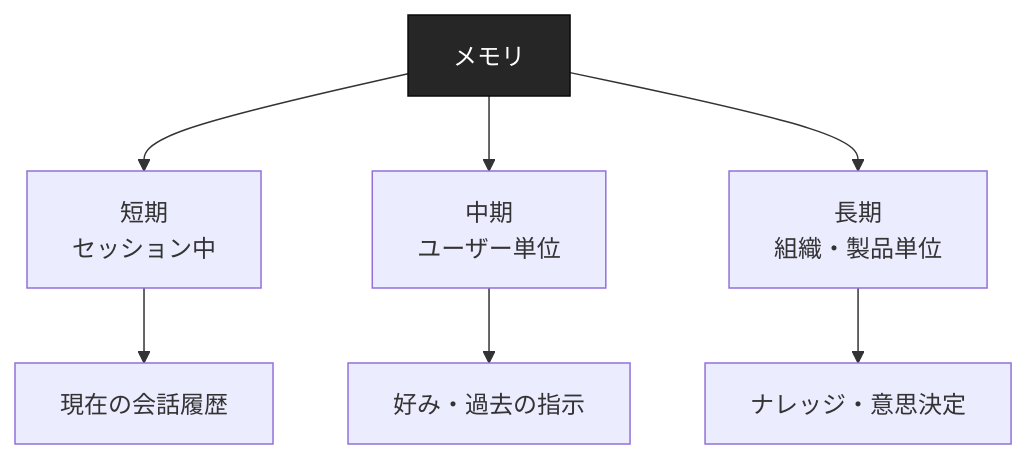
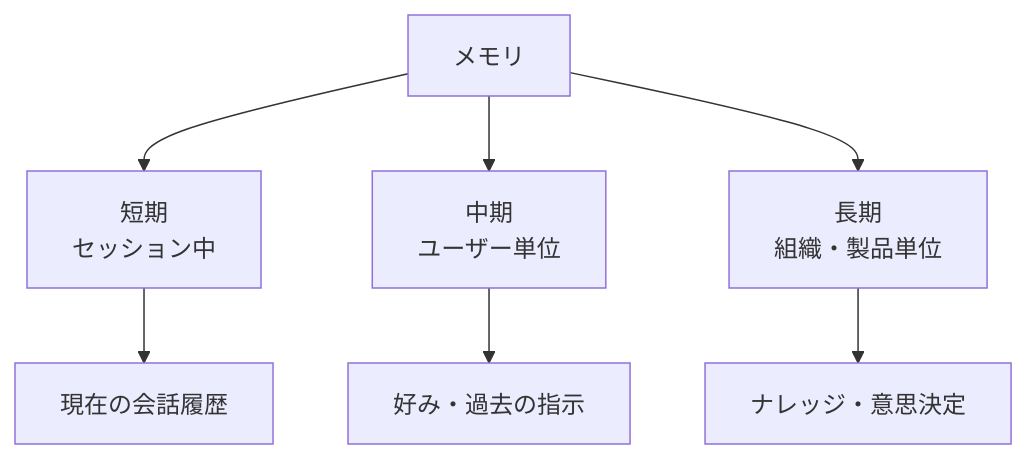
One commit to dinekt/dinekt-wiki changed the first of 2 diagrams in docs/techniques/エージェントのメモリ設計-短期中期長期.md. Above: the diagram before and after it, drawn with Mermaid. The commit also changed 70 other files, not shown here.

First line of the commit message:
fix(mermaid): strip all inline styling, rely on theme

````diff
--- a/docs/techniques/エージェントのメモリ設計-短期中期長期.md
+++ b/docs/techniques/エージェントのメモリ設計-短期中期長期.md
@@ -23,12 +23,11 @@
 ```mermaid
 flowchart TD
     M[メモリ] --> S[短期<br/>セッション中]
     M --> M2[中期<br/>ユーザー単位]
     M --> L[長期<br/>組織・製品単位]
 
     S --> S1[現在の会話履歴]
     M2 --> M2a[好み・過去の指示]
     L --> L1[ナレッジ・意思決定]
 
-    style M fill:#262626,color:#fff,stroke:#0a0a0a
 ```
````
